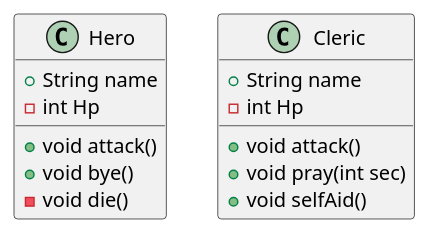
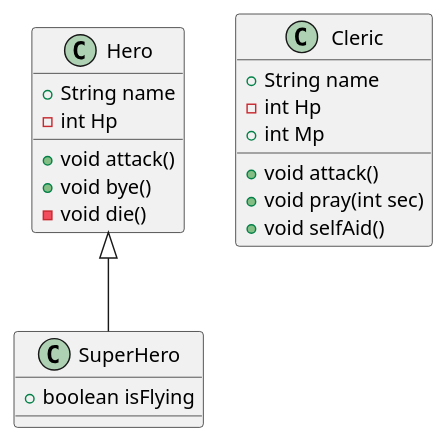
The diagram in src/main/java/com/survivalcoding/game.puml (SurvivalCodingCampus/polytech_java_study), drawn with PlantUML before and after one commit. The commit also changed 11 other files, not shown here.

```diff
--- a/src/main/java/com/survivalcoding/game.puml
+++ b/src/main/java/com/survivalcoding/game.puml
@@ -1,24 +1,29 @@
 @startuml
 'https://plantuml.com/class-diagram
+
+class SuperHero extends Hero {
+    +boolean isFlying
+}
 
 class Hero
 {
     +String name
     -int Hp
 
     +void attack()
     +void bye()
     -void die()
 }
 
 class Cleric
 {
         +String name
         -int Hp
+        +int Mp
 
         +void attack()
         +void pray(int sec)
         +void selfAid()
 }
 
 @enduml
```
